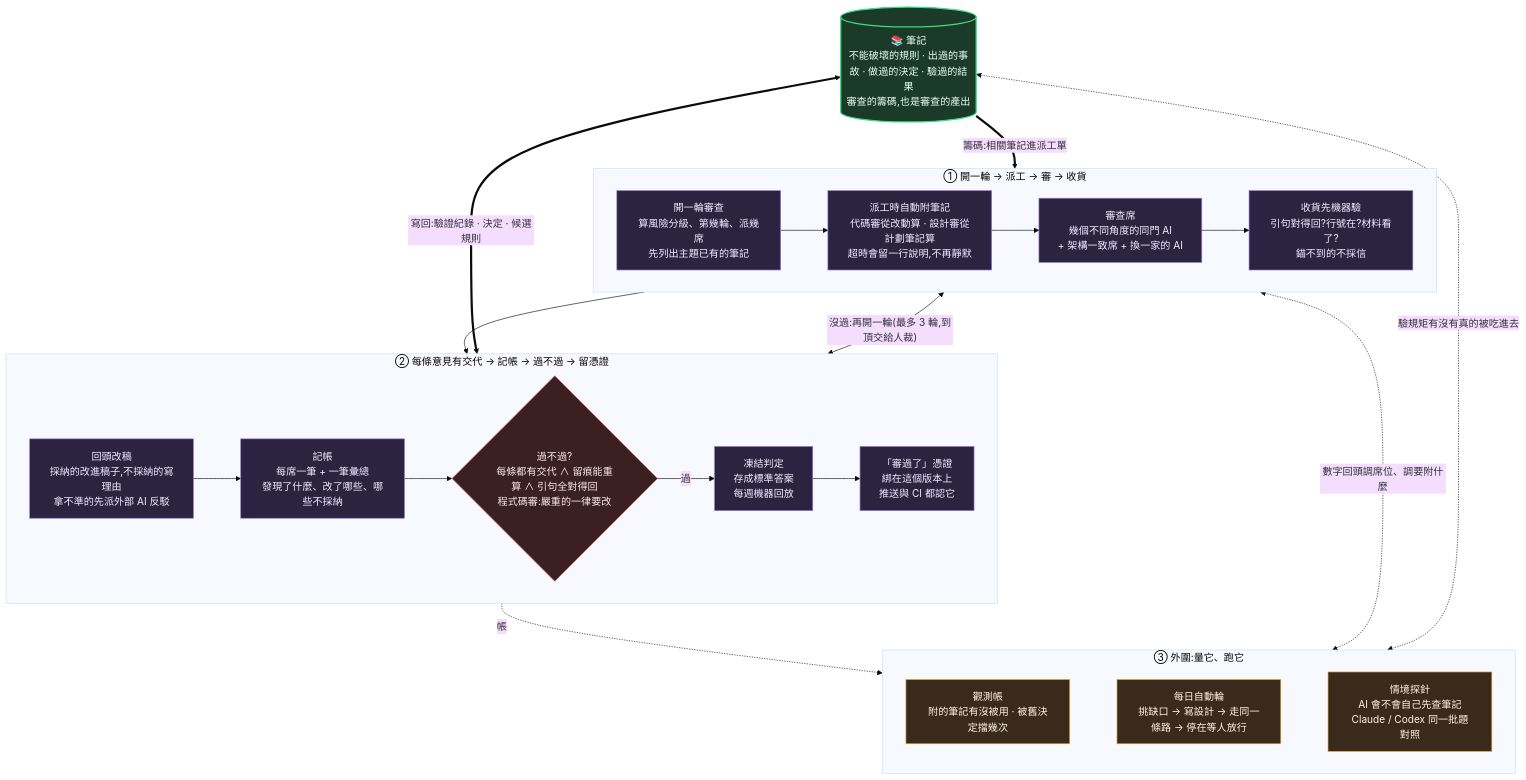
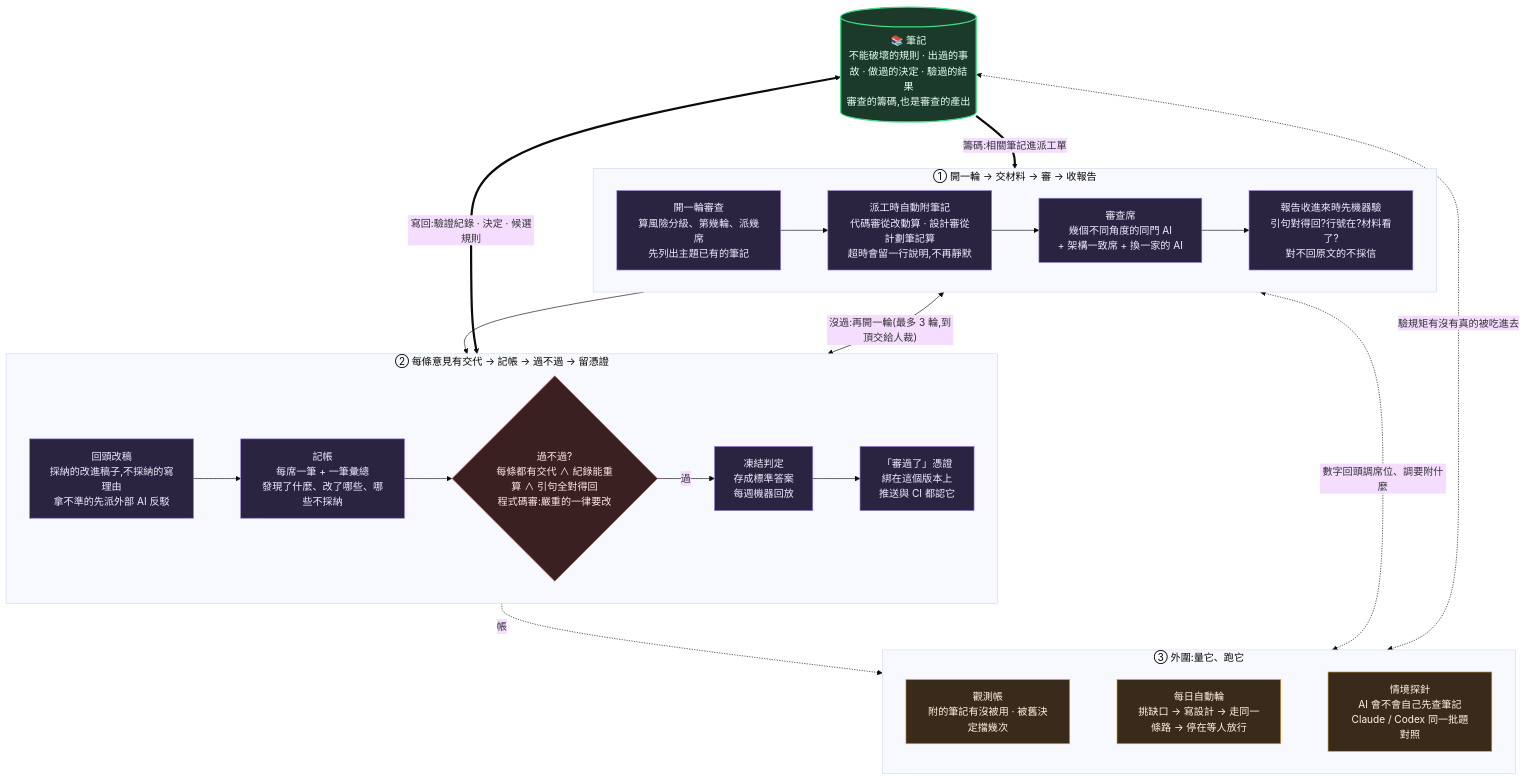
One commit to EnzoHsieh-Android/Lumos changed the diagram in docs/心智模型.md. Above: the diagram before and after it, drawn with Mermaid (base theme). The commit also changed other lines of this file and 9 other files, not shown here.

````diff
--- a/docs/心智模型.md
+++ b/docs/心智模型.md
@@ -100,36 +100,36 @@
 ```mermaid
 flowchart TB
     NODES[("📚 筆記<br/>不能破壞的規則 · 出過的事故 · 做過的決定 · 驗過的結果<br/>審查的籌碼,也是審查的產出")]
 
-    subgraph R1["① 開一輪 → 派工 → 審 → 收貨"]
+    subgraph R1["① 開一輪 → 交材料 → 審 → 收報告"]
         direction LR
-        NEXT["開一輪審查<br/>算風險分級、第幾輪、派幾席<br/>先列出主題已有的筆記"] --> LENS["派工時自動附筆記<br/>代碼審從改動算 · 設計審從計劃筆記算<br/>超時會留一行說明,不再靜默"] --> SEATS["審查席<br/>幾個不同角度的同門 AI<br/>+ 架構一致席 + 換一家的 AI"] --> INTAKE["收貨先機器驗<br/>引句對得回?行號在?材料看了?<br/>錨不到的不採信"]
+        NEXT["開一輪審查<br/>算風險分級、第幾輪、派幾席<br/>先列出主題已有的筆記"] --> LENS["派工時自動附筆記<br/>代碼審從改動算 · 設計審從計劃筆記算<br/>超時會留一行說明,不再靜默"] --> SEATS["審查席<br/>幾個不同角度的同門 AI<br/>+ 架構一致席 + 換一家的 AI"] --> INTAKE["報告收進來時先機器驗<br/>引句對得回?行號在?材料看了?<br/>對不回原文的不採信"]
     end
 
     subgraph R2["② 每條意見有交代 → 記帳 → 過不過 → 留憑證"]
         direction LR
-        FOLD["回頭改稿<br/>採納的改進稿子,不採納的寫理由<br/>拿不準的先派外部 AI 反駁"] --> LEDGER["記帳<br/>每席一筆 + 一筆彙總<br/>發現了什麼、改了哪些、哪些不採納"] --> GATE{"過不過?<br/>每條都有交代 ∧ 留痕能重算 ∧ 引句全對得回<br/>程式碼審:嚴重的一律要改"} -->|過| FREEZE["凍結判定<br/>存成標準答案<br/>每週機器回放"] --> PASS["「審過了」憑證<br/>綁在這個版本上<br/>推送與 CI 都認它"]
+        FOLD["回頭改稿<br/>採納的改進稿子,不採納的寫理由<br/>拿不準的先派外部 AI 反駁"] --> LEDGER["記帳<br/>每席一筆 + 一筆彙總<br/>發現了什麼、改了哪些、哪些不採納"] --> GATE{"過不過?<br/>每條都有交代 ∧ 紀錄能重算 ∧ 引句全對得回<br/>程式碼審:嚴重的一律要改"} -->|過| FREEZE["凍結判定<br/>存成標準答案<br/>每週機器回放"] --> PASS["「審過了」憑證<br/>綁在這個版本上<br/>推送與 CI 都認它"]
     end
 
     subgraph R3["③ 外圍:量它、跑它"]
         direction LR
         OBS["觀測帳<br/>附的筆記有沒被用 · 被舊決定擋幾次"] ~~~ AUTO["每日自動輪<br/>挑缺口 → 寫設計 → 走同一條路 → 停在等人放行"] ~~~ PROBE["情境探針<br/>AI 會不會自己先查筆記<br/>Claude / Codex 同一批題對照"]
     end
 
     NODES ==>|"籌碼:相關筆記進派工單"| R1
     R1 --> R2
     R2 -.->|"帳"| R3
     NODES <==>|"寫回:驗證紀錄 · 決定 · 候選規則"| R2
     R1 <-->|"沒過:再開一輪(最多 3 輪,到頂交給人裁)"| R2
     R1 <-.->|"數字回頭調席位、調要附什麼"| R3
     NODES <-.->|"驗規矩有沒有真的被吃進去"| R3
 
     classDef gnode fill:#1b3a2a,stroke:#3ddc84,stroke-width:2px,color:#e8fff0
     classDef step fill:#2a2440,stroke:#9a7bd6,color:#f0ecff
     classDef gate fill:#3a2020,stroke:#dc5b5b,color:#ffe8e8
     classDef obs fill:#3a2a1b,stroke:#dcab3d,color:#fff5e0
     class NODES gnode
     class NEXT,LENS,SEATS,INTAKE,FOLD,LEDGER,FREEZE,PASS step
     class GATE gate
     class OBS,AUTO,PROBE obs
 ```
````
